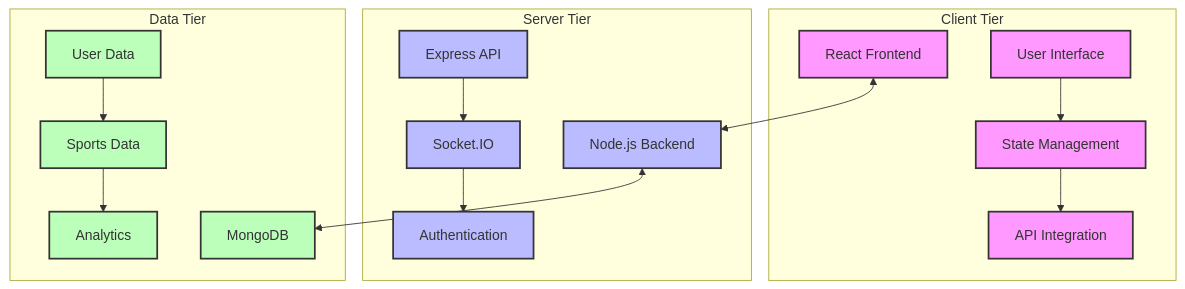
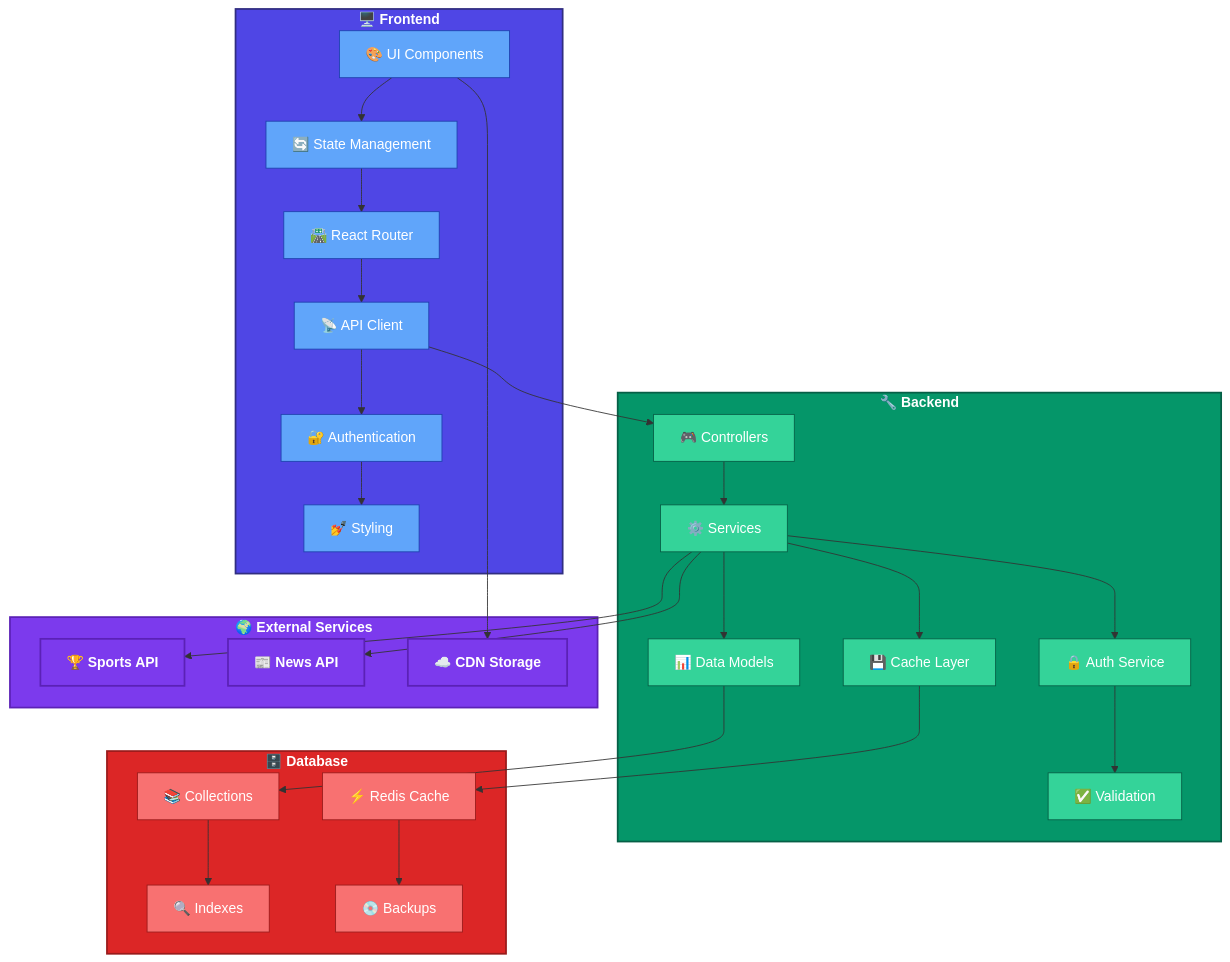
The diagram in README.md (MalikShoaibAhmadKhan/sports-app), drawn with Mermaid before and after one commit.

Commit message:
Restore original system architecture diagram

````diff
--- a/README.md
+++ b/README.md
@@ -73,39 +73,78 @@
 ```mermaid
-graph TB
-    subgraph "Client Tier"
-        C[React Frontend]
-        C1[User Interface]
-        C2[State Management]
-        C3[API Integration]
-    end
+flowchart TD
+  subgraph UI["🖥️ Frontend"]
+    A1[🎨 UI Components]
+    A2[🔄 State Management]
+    A3[🛣️ React Router]
+    A4[📡 API Client]
+    A5[🔐 Authentication]
+    A6[💅 Styling]
+  end
 
-    subgraph "Server Tier"
-        S[Node.js Backend]
-        S1[Express API]
-        S2[Socket.IO]
-        S3[Authentication]
-    end
+  subgraph Server["🔧 Backend"]
+    B1[🎮 Controllers]
+    B2[⚙️ Services]
+    B3[🔒 Auth Service]
+    B4[💾 Cache Layer]
+    B5[✅ Validation]
+    B6[📊 Data Models]
+  end
 
-    subgraph "Data Tier"
-        D[MongoDB]
-        D1[User Data]
-        D2[Sports Data]
-        D3[Analytics]
-    end
+  subgraph DB["🗄️ Database"]
+    C1[📚 Collections]
+    C2[🔍 Indexes]
+    C3[⚡ Redis Cache]
+    C4[💿 Backups]
+  end
 
-    C <--> S
-    S <--> D
-    C1 --> C2
-    C2 --> C3
-    S1 --> S2
-    S2 --> S3
-    D1 --> D2
-    D2 --> D3
+  subgraph External["🌍 External Services"]
+    D1[🏆 Sports API]
+    D2[📰 News API]
+    D3[☁️ CDN Storage]
+  end
 
-    classDef client fill:#f9f,stroke:#333,stroke-width:2px
-    classDef server fill:#bbf,stroke:#333,stroke-width:2px
-    classDef data fill:#bfb,stroke:#333,stroke-width:2px
-    class C,C1,C2,C3 client
-    class S,S1,S2,S3 server
-    class D,D1,D2,D3 data
+  %% Frontend connections
+  A1 --> A2
+  A2 --> A3
+  A3 --> A4
+  A4 --> A5
+  A5 --> A6
+
+  %% Backend connections
+  A4 --> B1
+  B1 --> B2
+  B2 --> B3
+  B2 --> B6
+  B2 --> B4
+  B3 --> B5
+
+  %% Database connections
+  B6 --> C1
+  C1 --> C2
+  B4 --> C3
+  C3 --> C4
+
+  %% External connections
+  B2 --> D1
+  B2 --> D2
+  A1 --> D3
+
+  %% Styling
+  classDef frontend fill:#4F46E5,stroke:#312E81,stroke-width:2px,color:white,font-weight:bold
+  classDef backend fill:#059669,stroke:#065F46,stroke-width:2px,color:white,font-weight:bold
+  classDef database fill:#DC2626,stroke:#991B1B,stroke-width:2px,color:white,font-weight:bold
+  classDef external fill:#7C3AED,stroke:#5B21B6,stroke-width:2px,color:white,font-weight:bold
+  classDef component fill:#60A5FA,stroke:#1E40AF,stroke-width:1px,color:white
+  classDef service fill:#34D399,stroke:#065F46,stroke-width:1px,color:white
+  classDef data fill:#F87171,stroke:#991B1B,stroke-width:1px,color:white
+
+  %% Apply styles
+  class UI frontend
+  class Server backend
+  class DB database
+  class External external
+  class A1,A2,A3,A4,A5,A6 component
+  class B1,B2,B3,B4,B5,B6 service
+  class C1,C2,C3,C4 data
+  class D1,D2,D3 external
 ```
````
